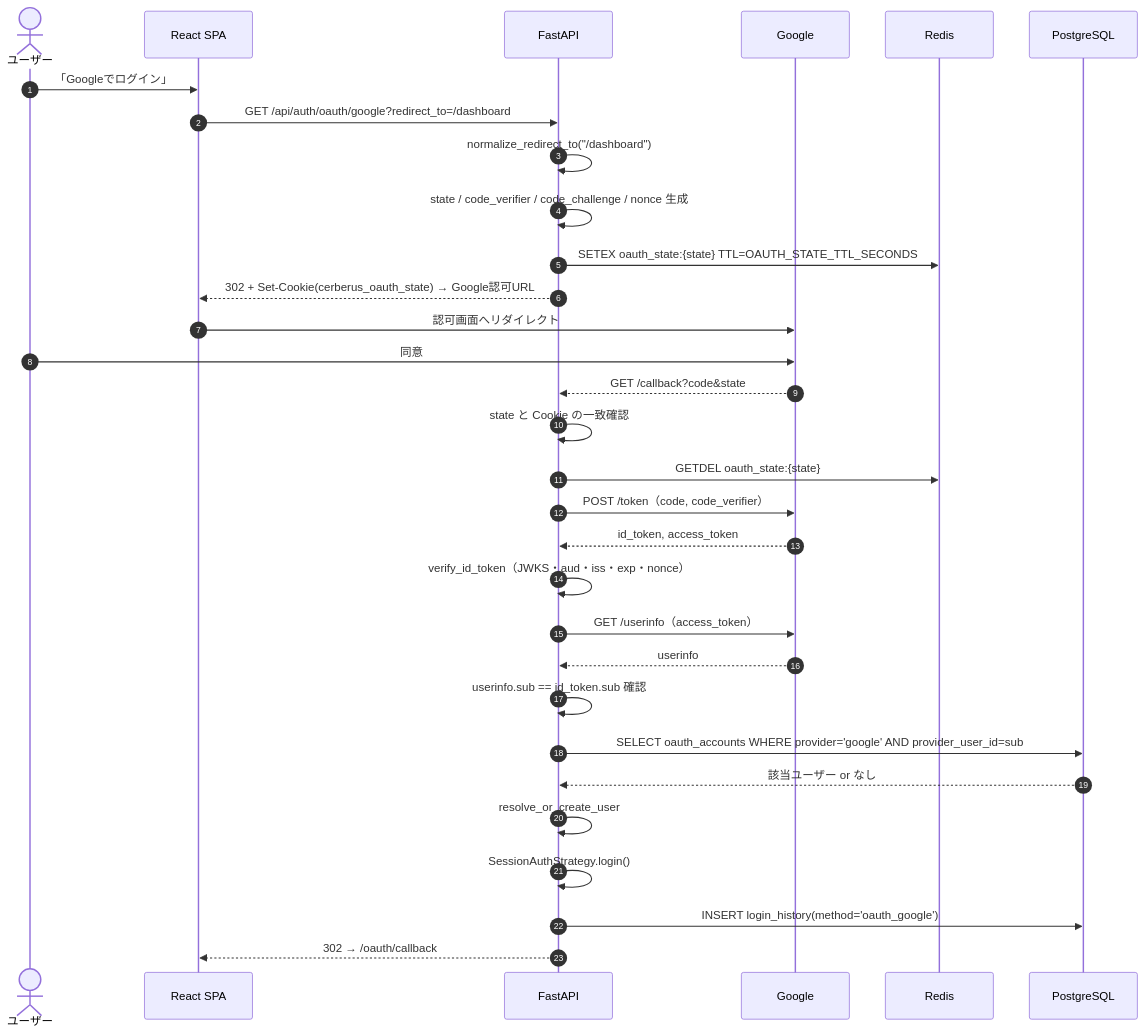
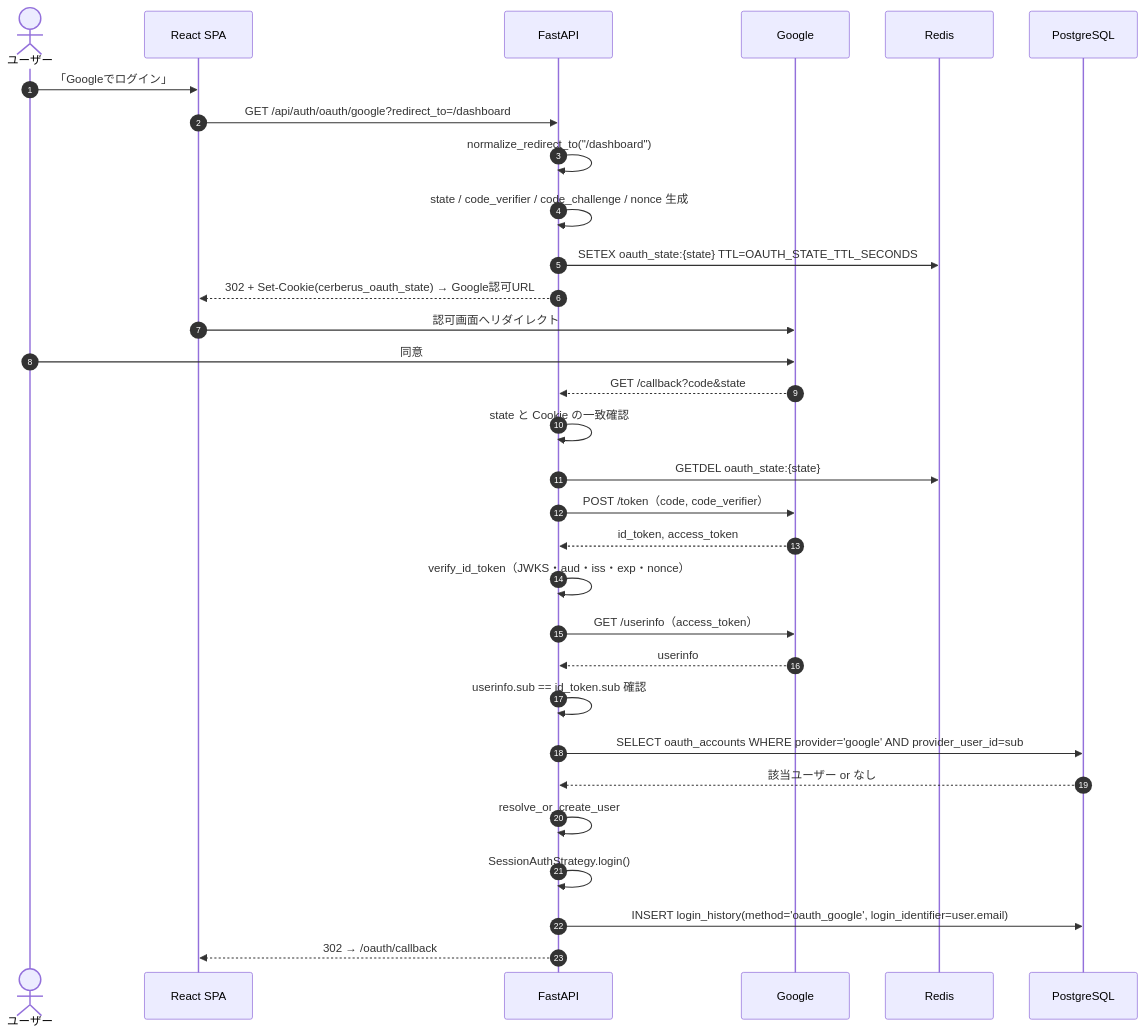
Before and after one commit to oikawa-d/task_management: the first of 5 diagrams in docs/detailed_design/auth/04_google_oauth.md, drawn with Mermaid. The commit also changed other lines of this file and 10 other files, not shown here.

Commit message:
docs: #223 OAuth login_identifierの定義を整合

````diff
--- a/docs/detailed_design/auth/04_google_oauth.md
+++ b/docs/detailed_design/auth/04_google_oauth.md
@@ -67,34 +67,34 @@
 ```mermaid
 sequenceDiagram
     autonumber
     actor U as ユーザー
     participant FE as React SPA
     participant API as FastAPI
     participant G as Google
     participant RD as Redis
     participant PG as PostgreSQL
 
     U->>FE: 「Googleでログイン」
     FE->>API: GET /api/auth/oauth/google?redirect_to=/dashboard
     API->>API: normalize_redirect_to("/dashboard")
     API->>API: state / code_verifier / code_challenge / nonce 生成
     API->>RD: SETEX oauth_state:{state} TTL=OAUTH_STATE_TTL_SECONDS
     API-->>FE: 302 + Set-Cookie(cerberus_oauth_state) → Google認可URL
     FE->>G: 認可画面へリダイレクト
     U->>G: 同意
     G-->>API: GET /callback?code&state
     API->>API: state と Cookie の一致確認
     API->>RD: GETDEL oauth_state:{state}
     API->>G: POST /token（code, code_verifier）
     G-->>API: id_token, access_token
     API->>API: verify_id_token（JWKS・aud・iss・exp・nonce）
     API->>G: GET /userinfo（access_token）
     G-->>API: userinfo
     API->>API: userinfo.sub == id_token.sub 確認
     API->>PG: SELECT oauth_accounts WHERE provider='google' AND provider_user_id=sub
     PG-->>API: 該当ユーザー or なし
     API->>API: resolve_or_create_user
     API->>API: SessionAuthStrategy.login()
-    API->>PG: INSERT login_history(method='oauth_google')
+    API->>PG: INSERT login_history(method='oauth_google', login_identifier=user.email)
     API-->>FE: 302 → /oauth/callback#redirect_to=/dashboard（Cookie設定済み）
 ```
````
